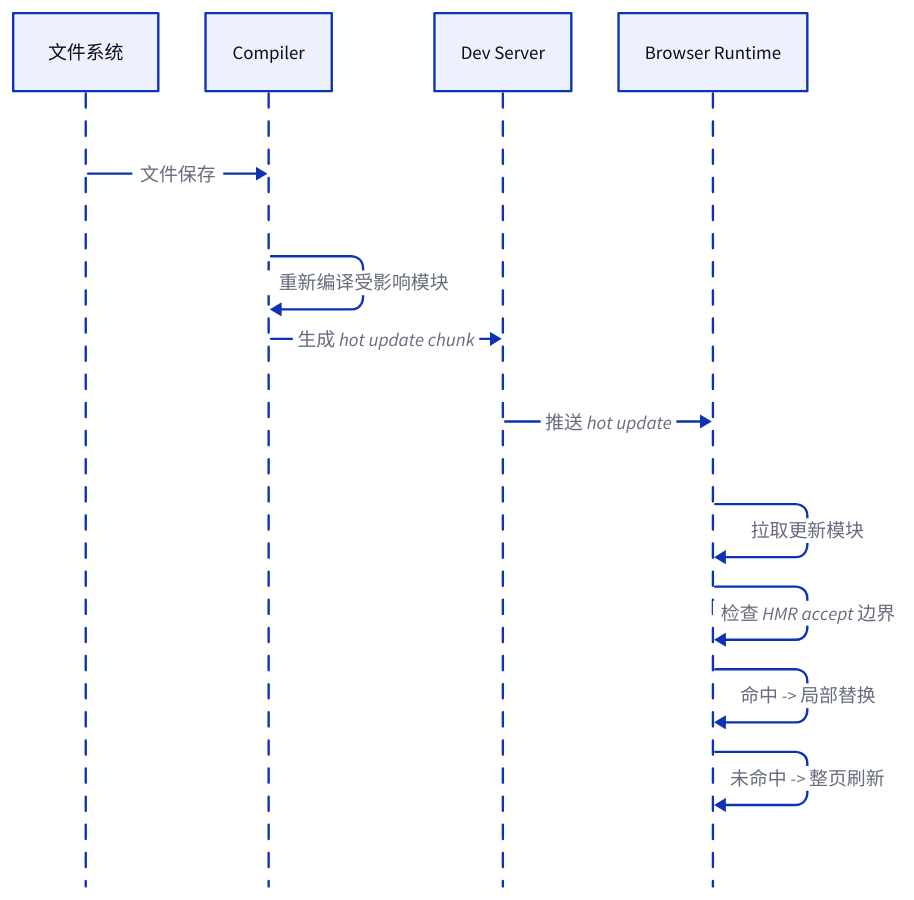
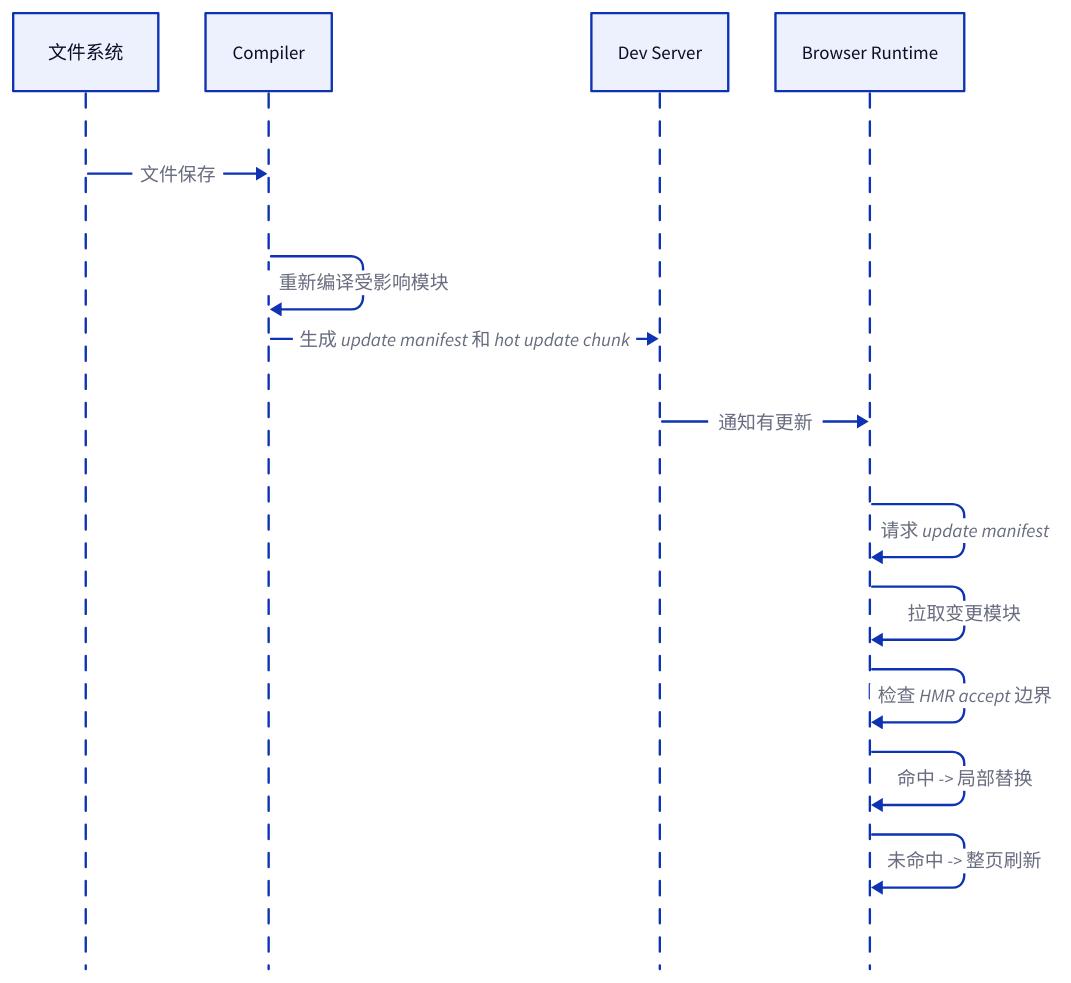
Before and after one commit to youngluo/thinking: the second of 3 diagrams in apps/docs/experiences/构建工具/Webpack 原理与实践.md, drawn with D2. The commit also changed other lines of this file and 1 other file, not shown here.

````diff
--- a/apps/docs/experiences/构建工具/Webpack 原理与实践.md
+++ b/apps/docs/experiences/构建工具/Webpack 原理与实践.md
@@ -137,17 +137,18 @@
 ```d2 maxHeight=420
 shape: sequence_diagram
 
 source: 文件系统
 compiler: Compiler
 dev: Dev Server
 runtime: Browser Runtime
 
 source -> compiler: 文件保存
 compiler -> compiler: 重新编译受影响模块
-compiler -> dev: 生成 hot update chunk
-dev -> runtime: 推送 hot update
-runtime -> runtime: 拉取更新模块
+compiler -> dev: 生成 update manifest 和 hot update chunk
+dev -> runtime: 通知有更新
+runtime -> runtime: 请求 update manifest
+runtime -> runtime: 拉取变更模块
 runtime -> runtime: 检查 HMR accept 边界
 runtime -> runtime: 命中 -> 局部替换
 runtime -> runtime: 未命中 -> 整页刷新
 ```
````
